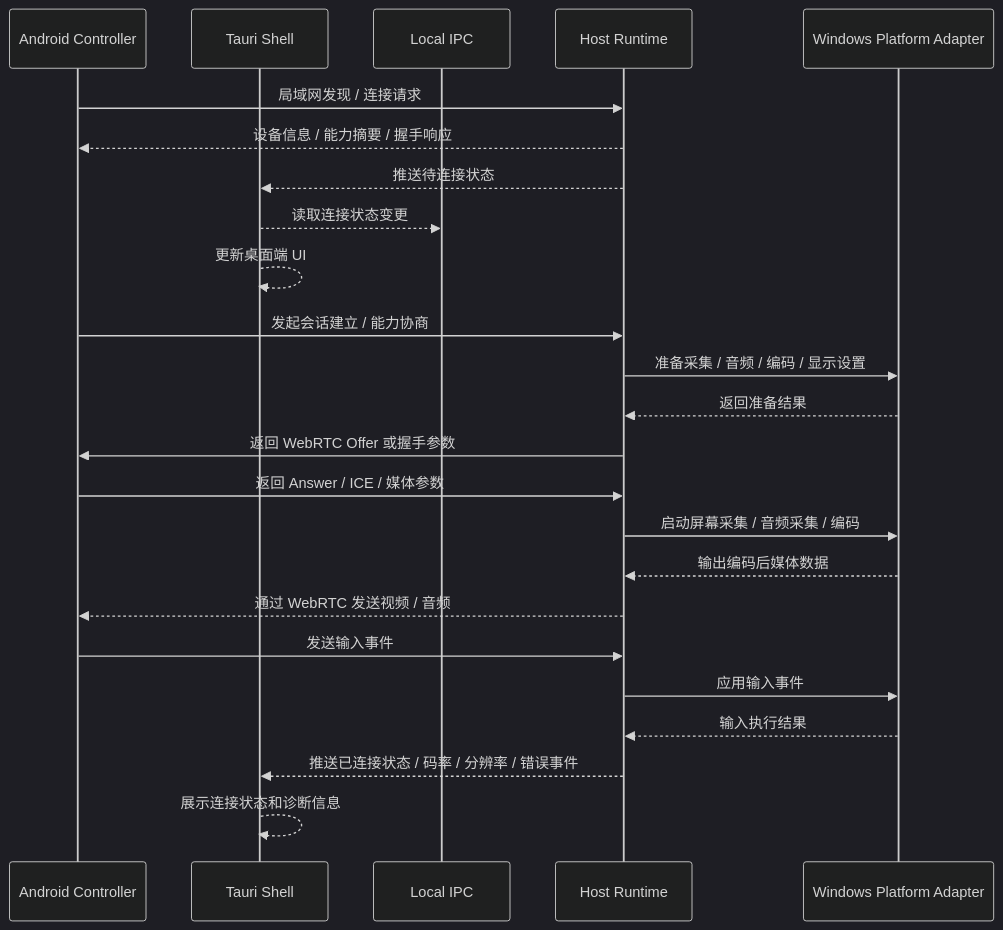
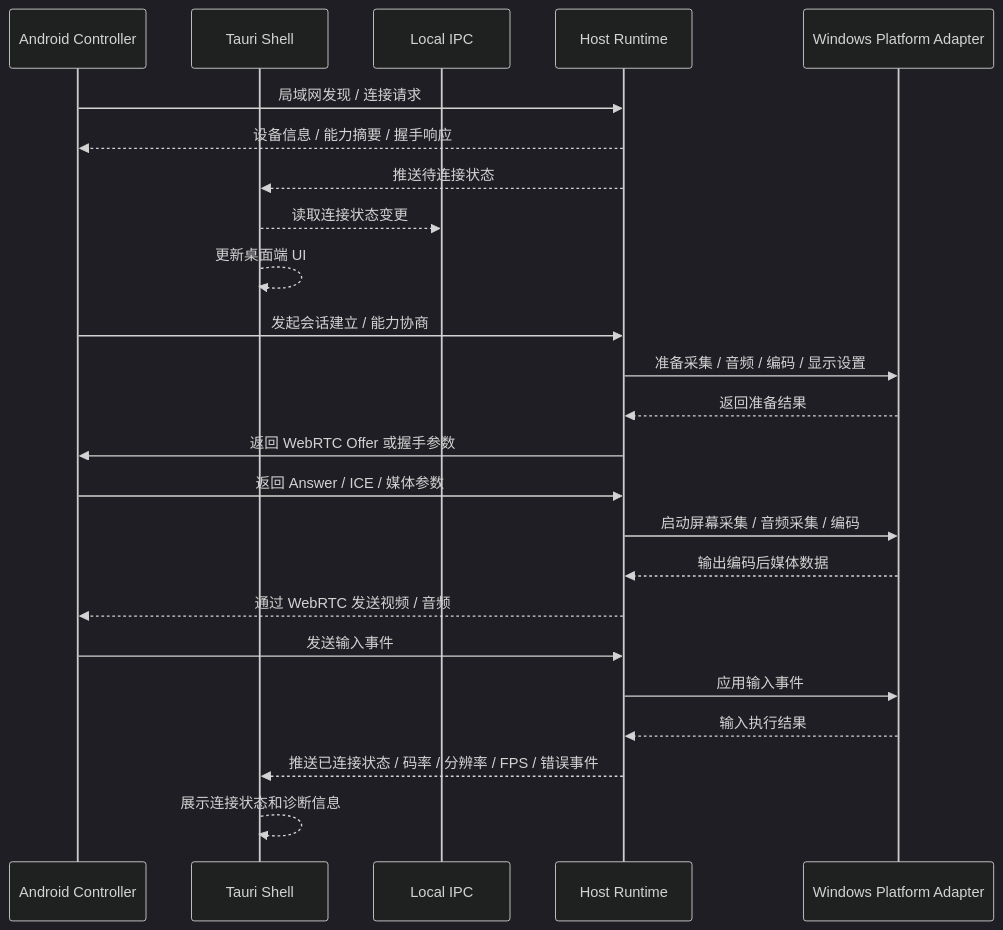
Before and after one commit to ParadiseZ/AkaDesk: the fourth of 9 diagrams in docs/项目流程图.md, drawn with Mermaid (dark theme). The commit also changed other lines of this file and 6 other files, not shown here.

````diff
--- a/docs/项目流程图.md
+++ b/docs/项目流程图.md
@@ -96,31 +96,31 @@
 ```mermaid
 sequenceDiagram
     participant A as Android Controller
     participant T as Tauri Shell
     participant I as Local IPC
     participant H as Host Runtime
     participant W as Windows Platform Adapter
 
     A->>H: 局域网发现 / 连接请求
     H-->>A: 设备信息 / 能力摘要 / 握手响应
     H-->>T: 推送待连接状态
     T-->>I: 读取连接状态变更
     T-->>T: 更新桌面端 UI
 
     A->>H: 发起会话建立 / 能力协商
     H->>W: 准备采集 / 音频 / 编码 / 显示设置
     W-->>H: 返回准备结果
 
     H->>A: 返回 WebRTC Offer 或握手参数
     A->>H: 返回 Answer / ICE / 媒体参数
     H->>W: 启动屏幕采集 / 音频采集 / 编码
     W-->>H: 输出编码后媒体数据
     H-->>A: 通过 WebRTC 发送视频 / 音频
 
     A->>H: 发送输入事件
     H->>W: 应用输入事件
     W-->>H: 输入执行结果
 
-    H-->>T: 推送已连接状态 / 码率 / 分辨率 / 错误事件
+    H-->>T: 推送已连接状态 / 码率 / 分辨率 / FPS / 错误事件
     T-->>T: 展示连接状态和诊断信息
 ```
````
